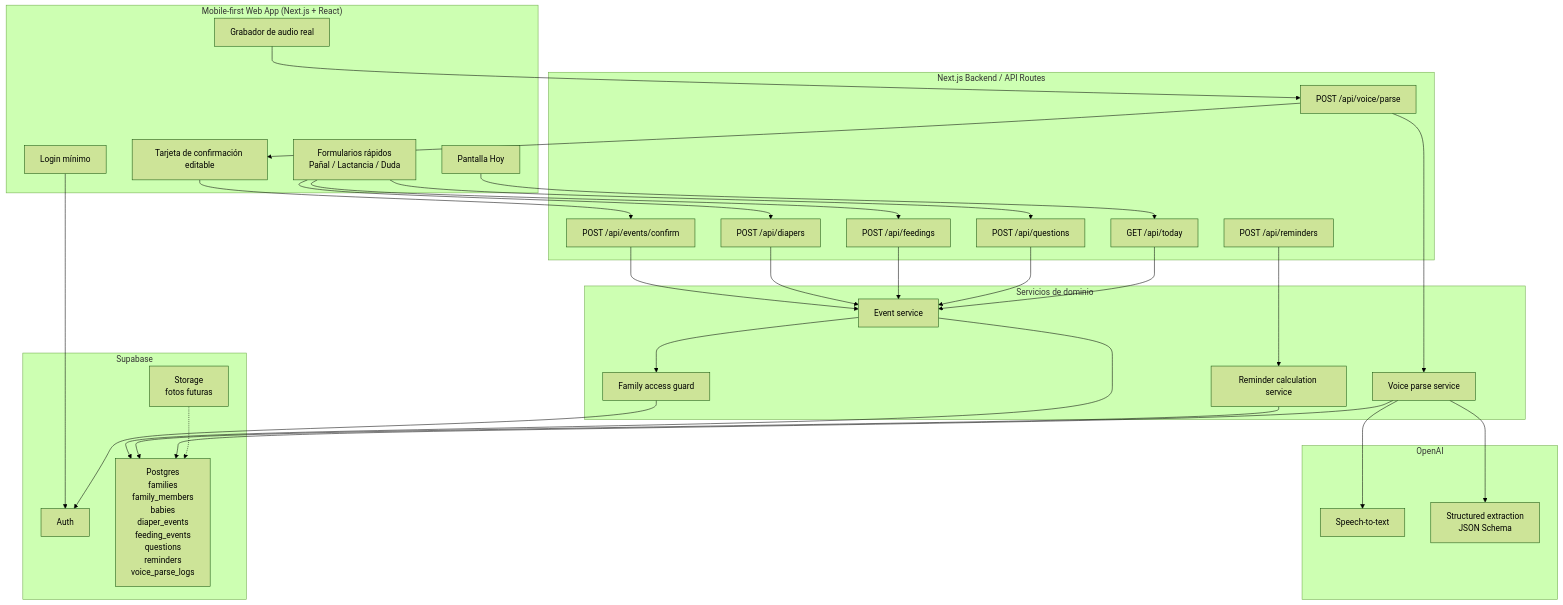
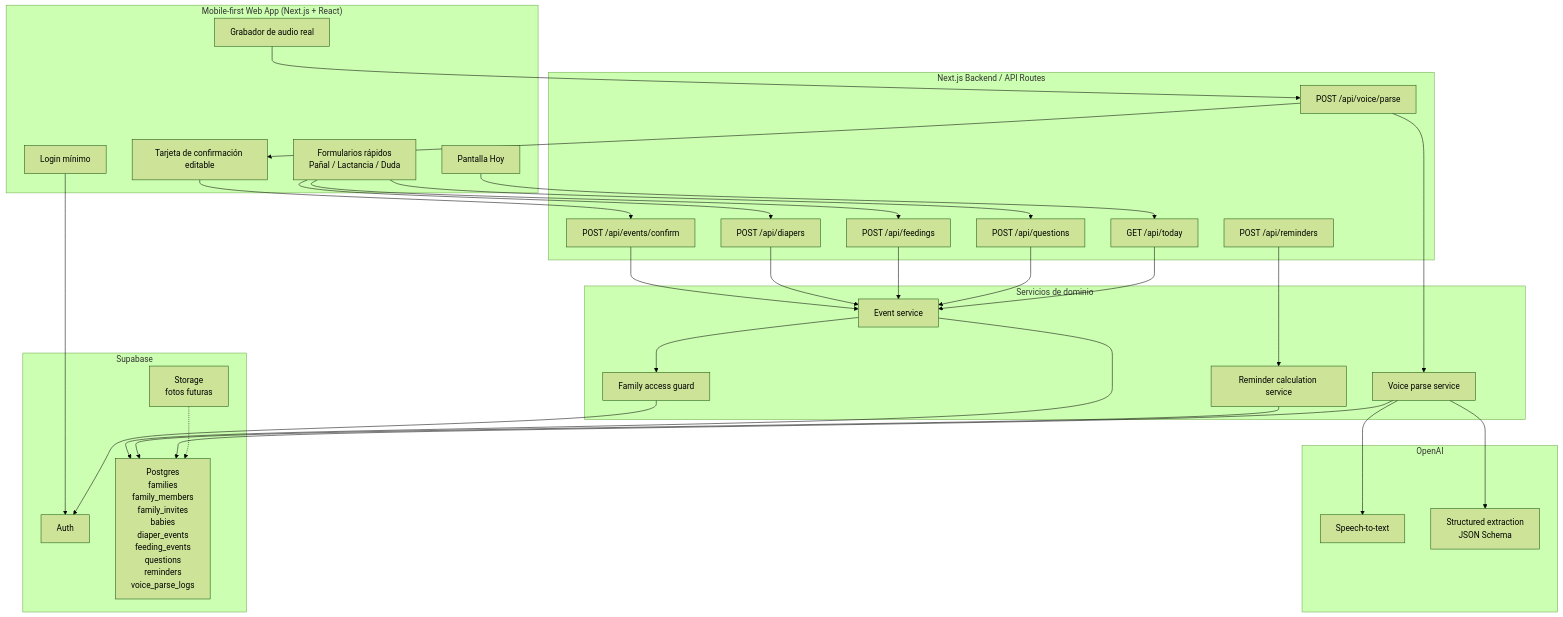
One commit to gsiragusa91/baby-project changed the second of 2 diagrams in PRD.md. Above: the diagram before and after it, drawn with Mermaid (forest theme). The commit also changed other lines of this file and 6 other files, not shown here.

````diff
--- a/PRD.md
+++ b/PRD.md
@@ -921,62 +980,62 @@
 ```mermaid
 flowchart TB
   subgraph Client["Mobile-first Web App (Next.js + React)"]
     Today["Pantalla Hoy"]
     QuickForms["Formularios rápidos\nPañal / Lactancia / Duda"]
     VoiceRecorder["Grabador de audio real"]
     ConfirmCard["Tarjeta de confirmación editable"]
     AuthUI["Login mínimo"]
   end
 
   subgraph API["Next.js Backend / API Routes"]
     TodayAPI["GET /api/today"]
     DiaperAPI["POST /api/diapers"]
     FeedingAPI["POST /api/feedings"]
     QuestionAPI["POST /api/questions"]
     VoiceParseAPI["POST /api/voice/parse"]
     ConfirmAPI["POST /api/events/confirm"]
     ReminderAPI["POST /api/reminders"]
   end
 
   subgraph Services["Servicios de dominio"]
     EventService["Event service"]
     VoiceService["Voice parse service"]
     ReminderService["Reminder calculation service"]
     AuthGuard["Family access guard"]
   end
 
   subgraph Supabase["Supabase"]
     SupaAuth["Auth"]
-    DB["Postgres\nfamilies\nfamily_members\nbabies\ndiaper_events\nfeeding_events\nquestions\nreminders\nvoice_parse_logs"]
+    DB["Postgres\nfamilies\nfamily_members\nfamily_invites\nbabies\ndiaper_events\nfeeding_events\nquestions\nreminders\nvoice_parse_logs"]
     Storage["Storage\nfotos futuras"]
   end
 
   subgraph OpenAI["OpenAI"]
     Transcribe["Speech-to-text"]
     Extract["Structured extraction\nJSON Schema"]
   end
 
   Today --> TodayAPI
   QuickForms --> DiaperAPI
   QuickForms --> FeedingAPI
   QuickForms --> QuestionAPI
   VoiceRecorder --> VoiceParseAPI
   VoiceParseAPI --> VoiceService
   VoiceService --> Transcribe
   VoiceService --> Extract
   VoiceParseAPI --> ConfirmCard
   ConfirmCard --> ConfirmAPI
   ConfirmAPI --> EventService
   DiaperAPI --> EventService
   FeedingAPI --> EventService
   QuestionAPI --> EventService
   ReminderAPI --> ReminderService
   TodayAPI --> EventService
   AuthUI --> SupaAuth
   AuthGuard --> SupaAuth
   EventService --> AuthGuard
   EventService --> DB
   ReminderService --> DB
   VoiceService --> DB
   Storage -.-> DB
 ```
````
